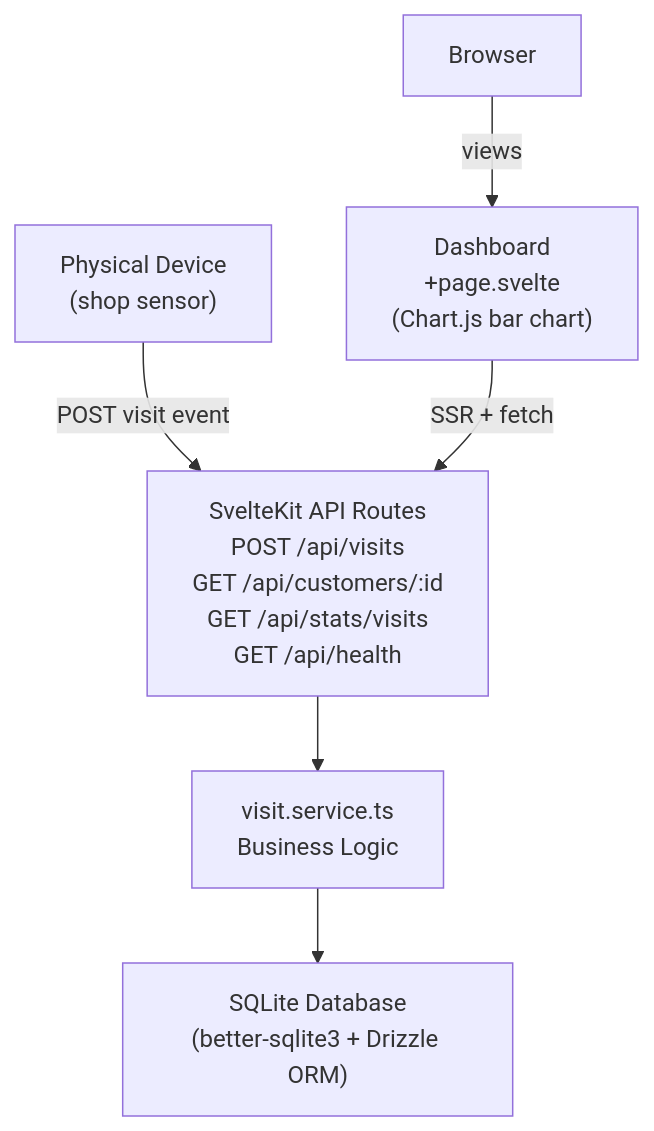
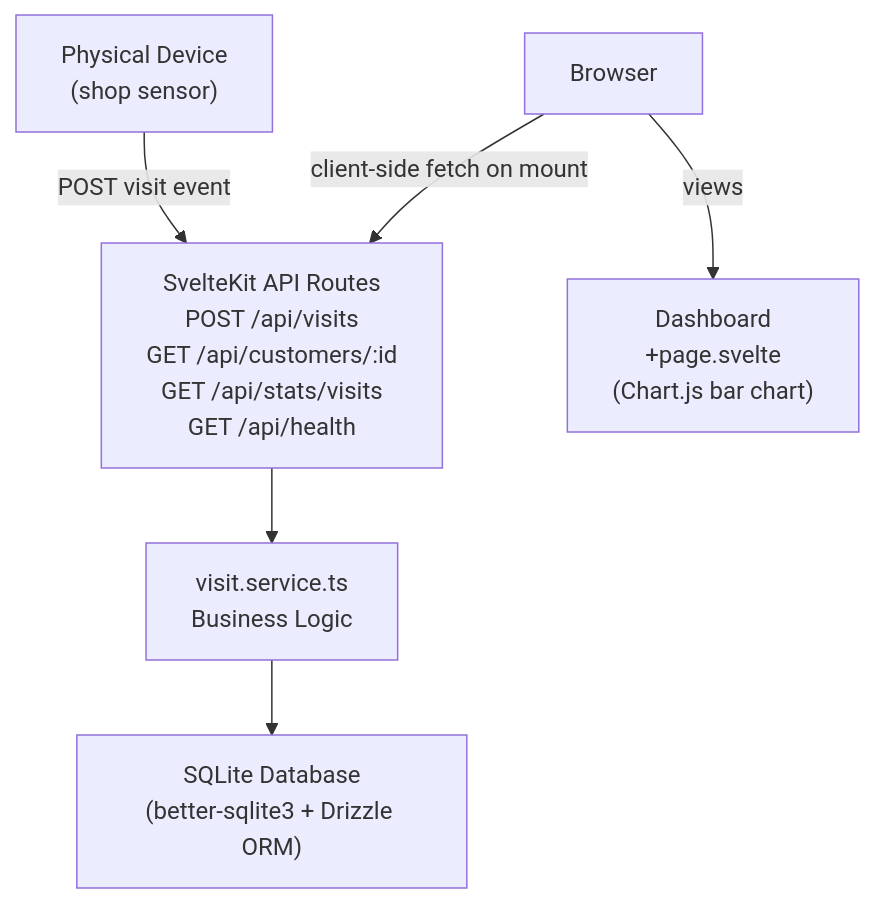
The diagram in README.md (marcellokabora/tree-nation), drawn with Mermaid before and after one commit.

Commit message:
update Architecture

````diff
--- a/README.md
+++ b/README.md
@@ -24,14 +24,14 @@
 ```mermaid
 graph TD
     Device["Physical Device\n(shop sensor)"]
     API["SvelteKit API Routes\nPOST /api/visits\nGET  /api/customers/:id\nGET  /api/stats/visits\nGET  /api/health"]
     Service["visit.service.ts\nBusiness Logic"]
     DB["SQLite Database\n(better-sqlite3 + Drizzle ORM)"]
     Frontend["Dashboard\n+page.svelte\n(Chart.js bar chart)"]
 
     Device -->|POST visit event| API
     API --> Service
     Service --> DB
     Browser -->|views| Frontend
-    Frontend -->|SSR + fetch| API
+    Browser -->|client-side fetch on mount| API
 ```
````
